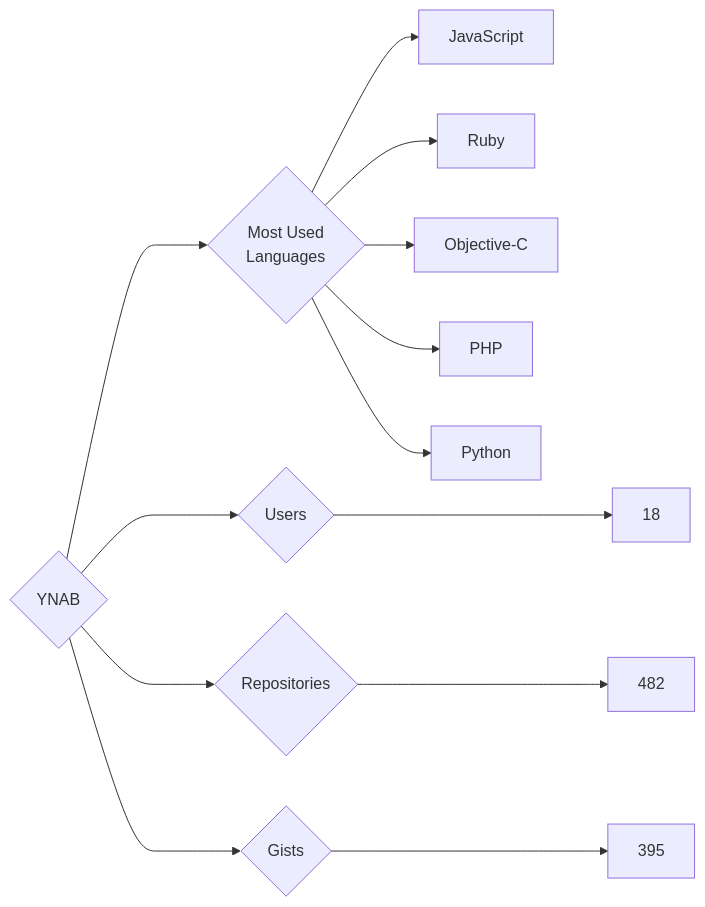
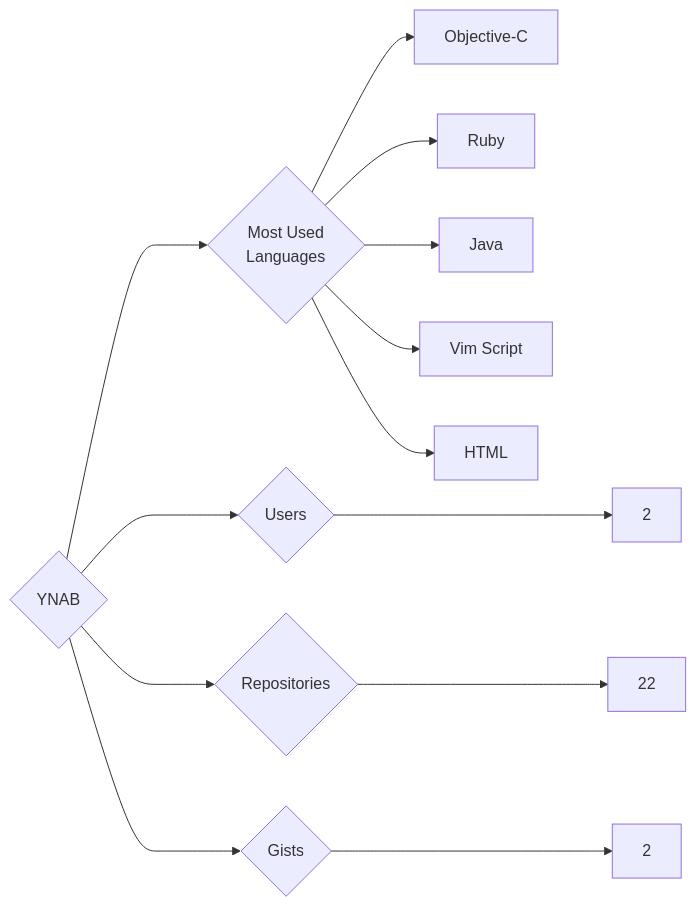
Before and after one commit to trickest/insiders: the diagram in targets/YNAB/README.md, drawn with Mermaid. The commit also changed 1496 other files, not shown here.

````diff
--- a/targets/YNAB/README.md
+++ b/targets/YNAB/README.md
@@ -3,13 +3,13 @@
 ```mermaid
 graph LR
 COMPANY_NAME{YNAB}
-COMPANY_NAME ---> U{Users} ---> UN[18]
-COMPANY_NAME ---> R{Repositories} ---> RN[482]
-COMPANY_NAME ---> G{Gists} ---> GN[395]
+COMPANY_NAME ---> U{Users} ---> UN[2]
+COMPANY_NAME ---> R{Repositories} ---> RN[22]
+COMPANY_NAME ---> G{Gists} ---> GN[2]
 COMPANY_NAME ---> ML{Most Used<br>Languages}
-ML --> JavaScript[JavaScript]
+ML --> Objective-C[Objective-C]
 ML --> Ruby[Ruby]
-ML --> Objective-C[Objective-C]
-ML --> PHP[PHP]
-ML --> Python[Python]
+ML --> Java[Java]
+ML --> Vim_Script[Vim Script]
+ML --> HTML[HTML]
 ```
````
